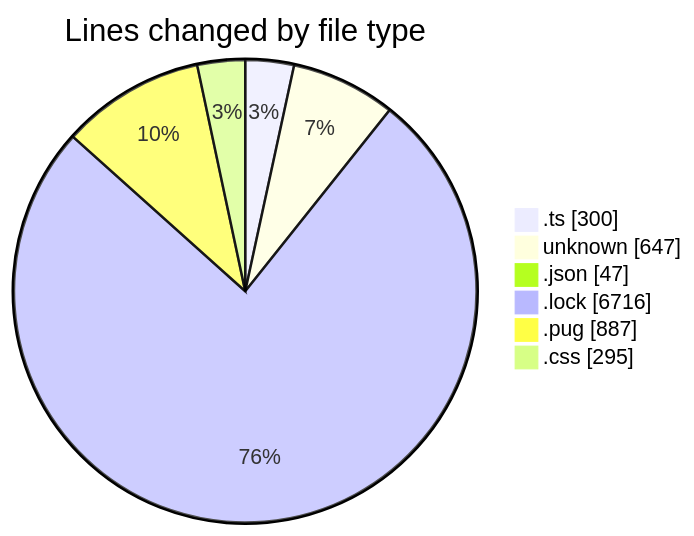
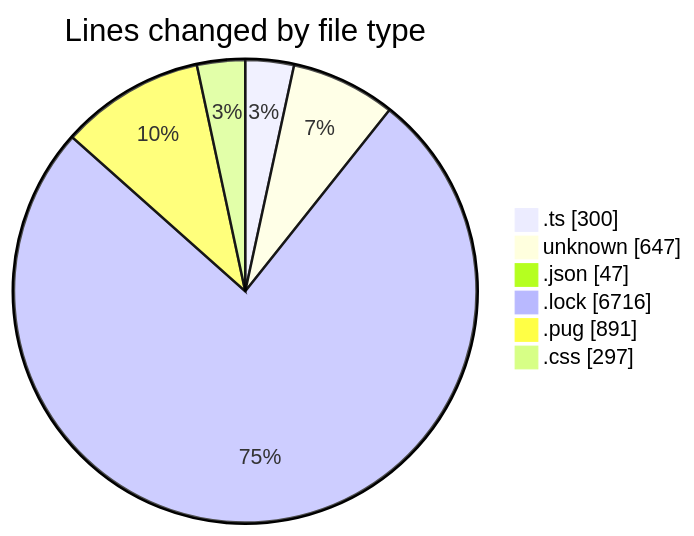
Before and after one commit to momahboobian/code-tracking: the first of 2 diagrams in 2026-05-22/cda/README.md, drawn with Mermaid. The commit also changed other lines of this file and 1 other file, not shown here.

````diff
--- a/2026-05-22/cda/README.md
+++ b/2026-05-22/cda/README.md
@@ -30,10 +30,10 @@
 ```mermaid
 pie showData
 title Lines changed by file type
 ".ts" : 300
 "unknown" : 647
 ".json" : 47
 ".lock" : 6716
-".pug" : 887
-".css" : 295
+".pug" : 891
+".css" : 297
 ```
````
